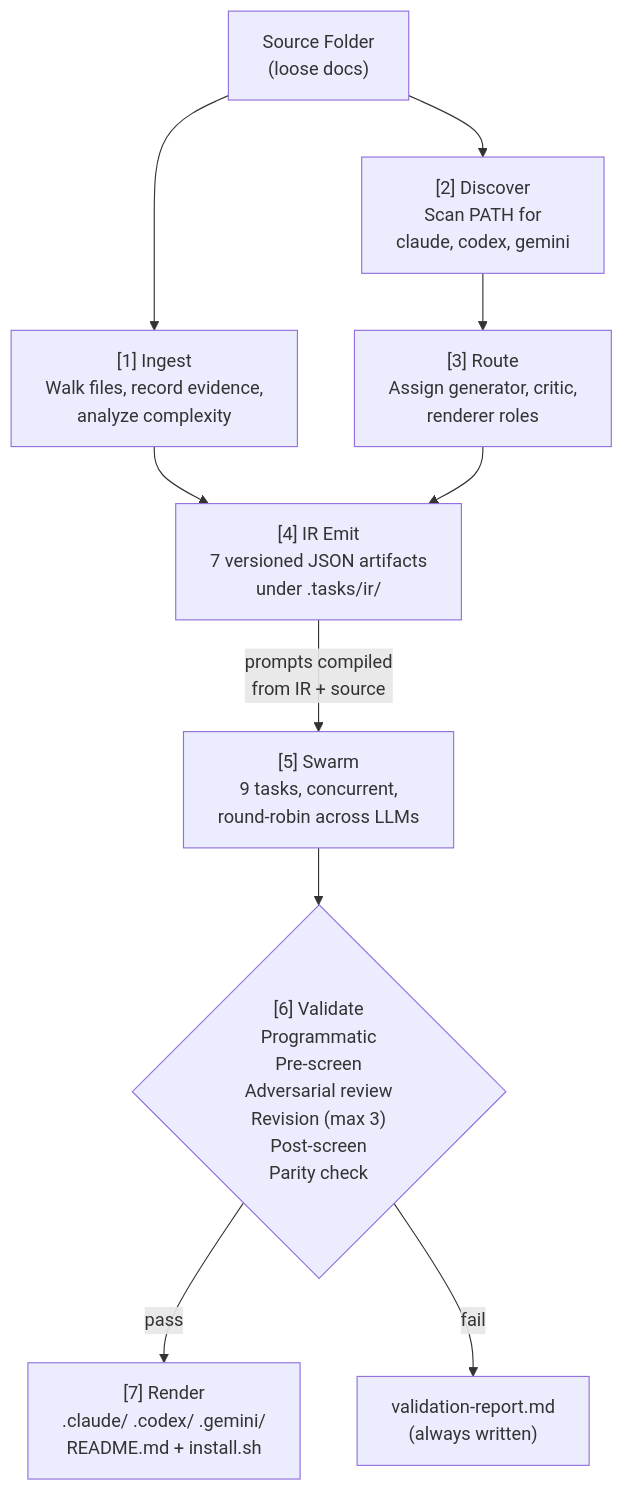
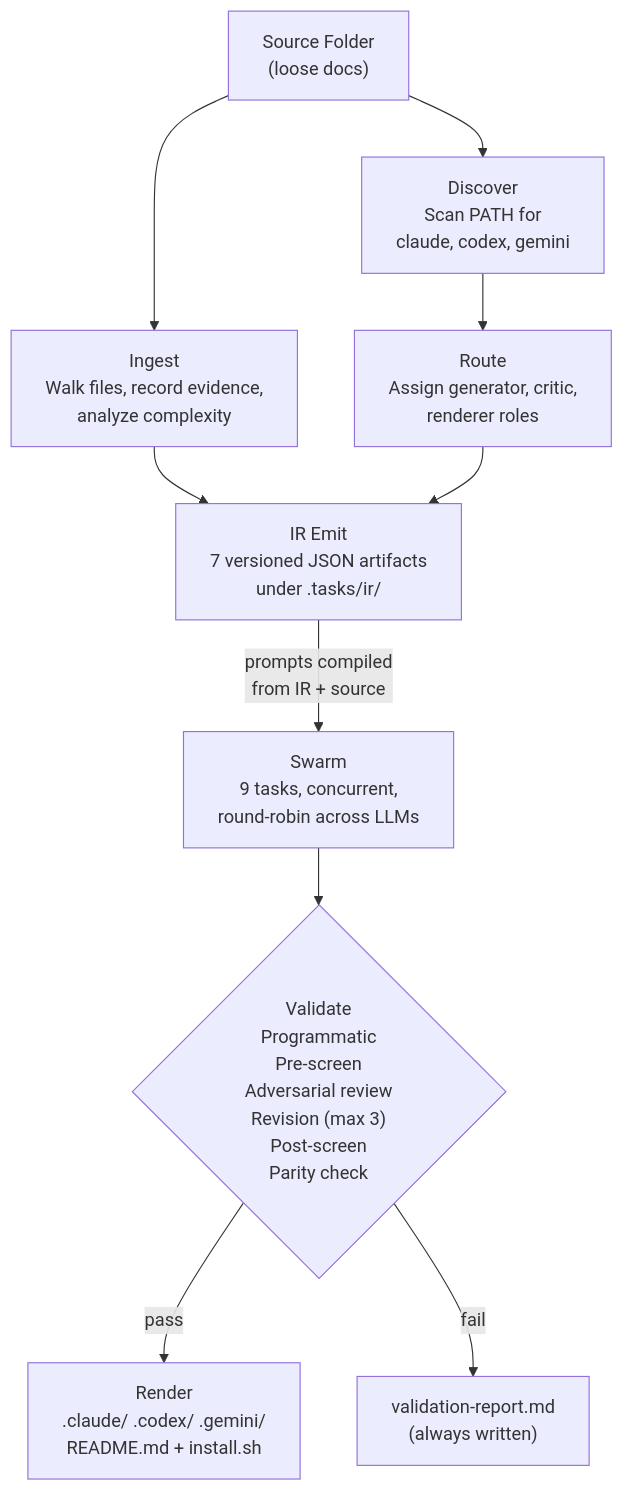
Before and after one commit to op7ic/SwarmMaker: the second of 3 diagrams in README.md, drawn with Mermaid. The commit also changed 2 other files, not shown here.

Commit message:
Fix citation regex to match both Source: and Sources:
The citation density checker only matched singular Source: but codex
produces Sources: (plural) for multi-file citations. This caused
false failures -- files with 42-73 actual citations were flagged as
having 24-39 because plural citations were invisible to the regex.

Fix: Source: -> Sources?: in the regex pattern.

Also remove step numbers from data flow diagram labels.

````diff
--- a/README.md
+++ b/README.md
@@ -41,12 +41,12 @@
 ```mermaid
 graph TD
-    SRC["Source Folder<br/>(loose docs)"] --> INGEST["[1] Ingest<br/>Walk files, record evidence,<br/>analyze complexity"]
-    SRC --> DISC["[2] Discover<br/>Scan PATH for<br/>claude, codex, gemini"]
-    DISC --> ROUTE["[3] Route<br/>Assign generator, critic,<br/>renderer roles"]
-    INGEST --> IR["[4] IR Emit<br/>7 versioned JSON artifacts<br/>under .tasks/ir/"]
+    SRC["Source Folder<br/>(loose docs)"] --> INGEST["Ingest<br/>Walk files, record evidence,<br/>analyze complexity"]
+    SRC --> DISC["Discover<br/>Scan PATH for<br/>claude, codex, gemini"]
+    DISC --> ROUTE["Route<br/>Assign generator, critic,<br/>renderer roles"]
+    INGEST --> IR["IR Emit<br/>7 versioned JSON artifacts<br/>under .tasks/ir/"]
     ROUTE --> IR
-    IR -->|prompts compiled<br/>from IR + source| SWARM["[5] Swarm<br/>9 tasks, concurrent,<br/>round-robin across LLMs"]
-    SWARM --> VALID{"[6] Validate<br/>Programmatic<br/>Pre-screen<br/>Adversarial review<br/>Revision (max 3)<br/>Post-screen<br/>Parity check"}
-    VALID -->|pass| RENDER["[7] Render<br/>.claude/ .codex/ .gemini/<br/>README.md + install.sh"]
+    IR -->|prompts compiled<br/>from IR + source| SWARM["Swarm<br/>9 tasks, concurrent,<br/>round-robin across LLMs"]
+    SWARM --> VALID{"Validate<br/>Programmatic<br/>Pre-screen<br/>Adversarial review<br/>Revision (max 3)<br/>Post-screen<br/>Parity check"}
+    VALID -->|pass| RENDER["Render<br/>.claude/ .codex/ .gemini/<br/>README.md + install.sh"]
     VALID -->|fail| REPORT["validation-report.md<br/>(always written)"]
 ```
````
